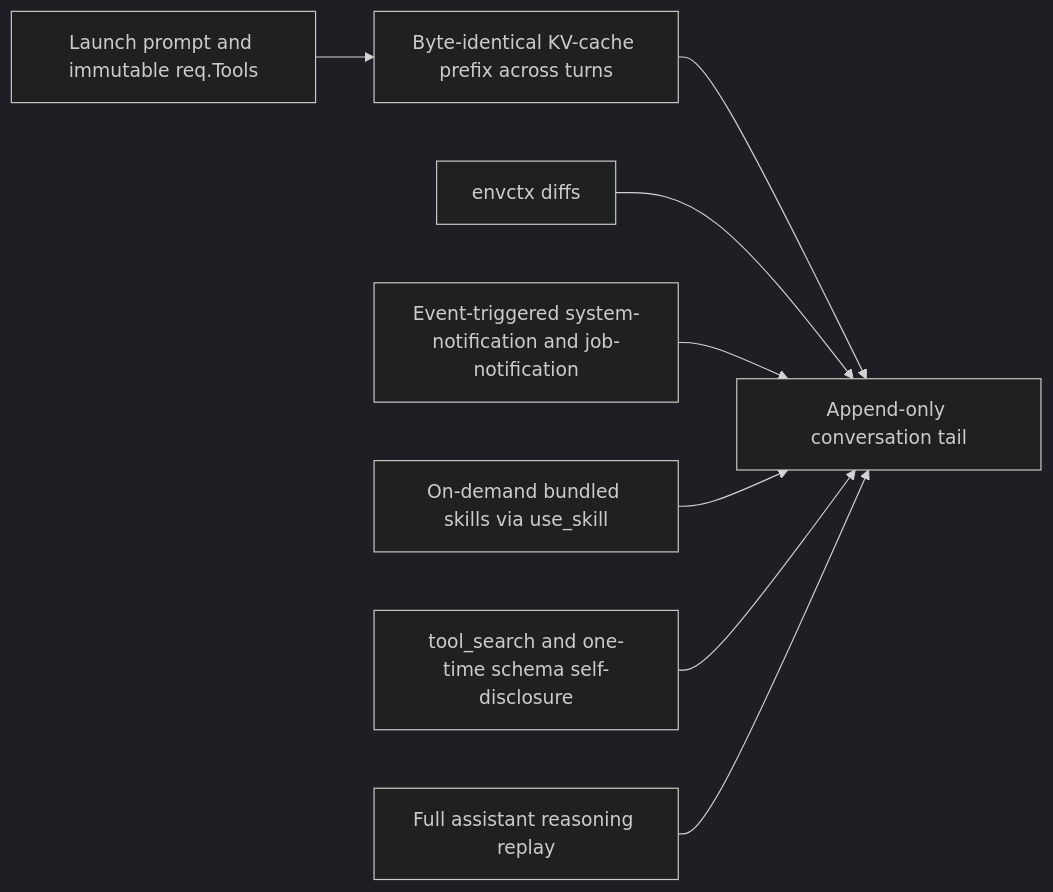
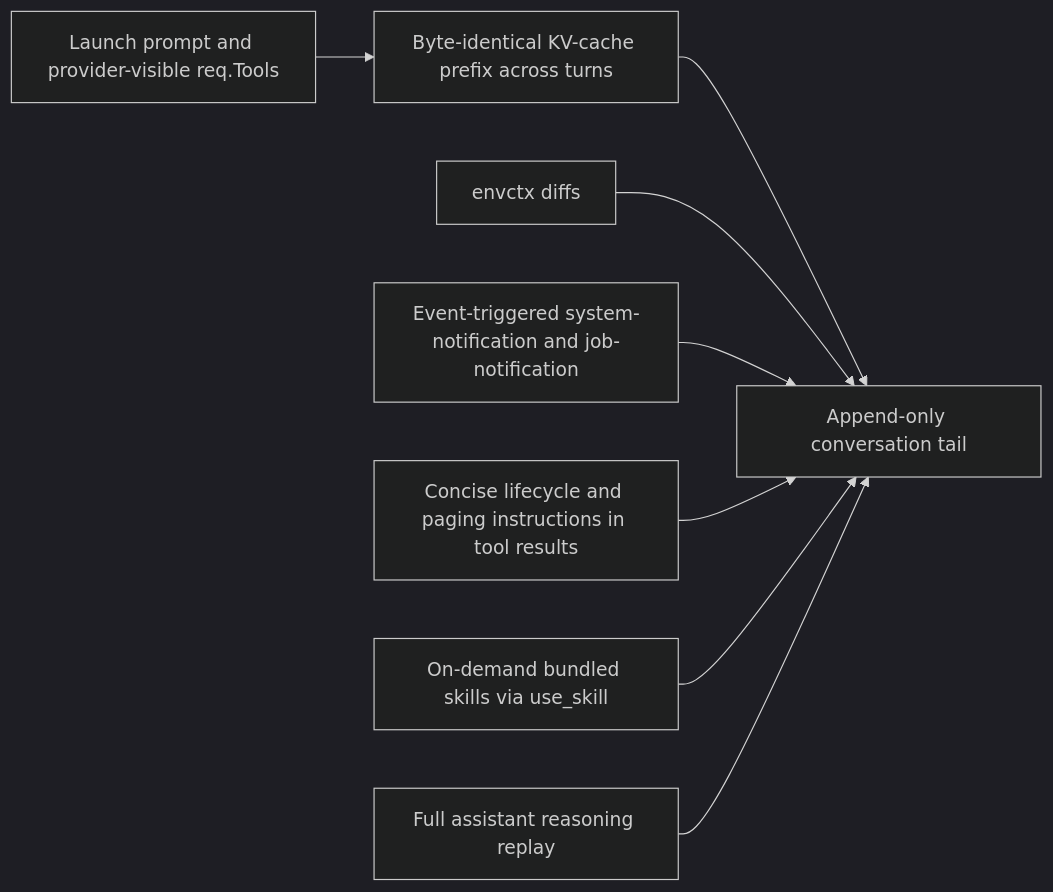
The diagram in docs/developing-evener/system-prompting.md (prime-radiant-inc/evener), drawn with Mermaid (dark theme) before and after one commit. The commit also changed other lines of this file, not shown here.

````diff
--- a/docs/developing-evener/system-prompting.md
+++ b/docs/developing-evener/system-prompting.md
@@ -9,10 +9,10 @@
 ```mermaid
 flowchart LR
-  Launch[Launch prompt and immutable req.Tools] --> Cache[Byte-identical KV-cache prefix across turns]
+  Launch[Launch prompt and provider-visible req.Tools] --> Cache[Byte-identical KV-cache prefix across turns]
   Cache --> Tail[Append-only conversation tail]
   Env[envctx diffs] --> Tail
   Notif[Event-triggered system-notification and job-notification] --> Tail
+  Results[Concise lifecycle and paging instructions in tool results] --> Tail
   Skills[On-demand bundled skills via use_skill] --> Tail
-  Schema[tool_search and one-time schema self-disclosure] --> Tail
   Replay[Full assistant reasoning replay] --> Tail
 ```
````
